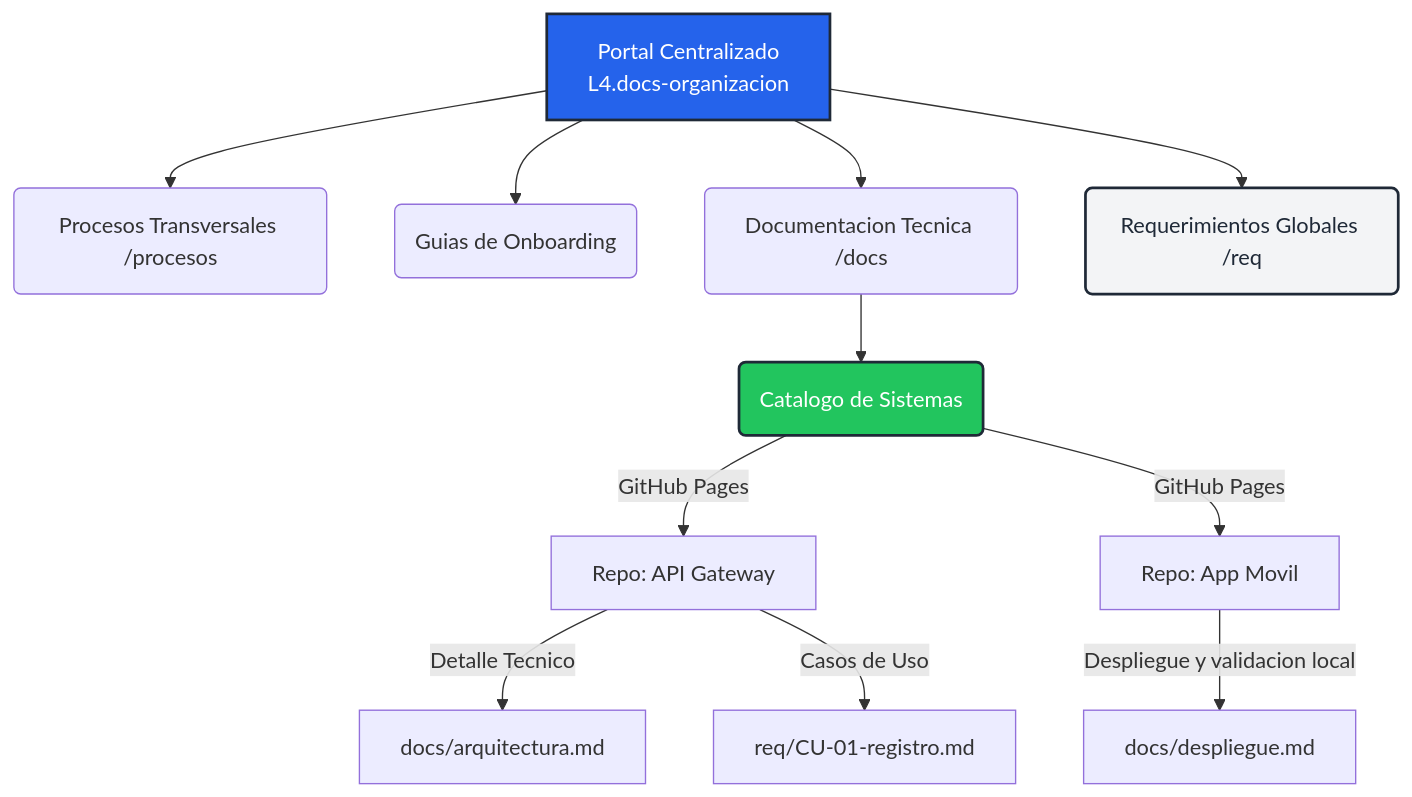
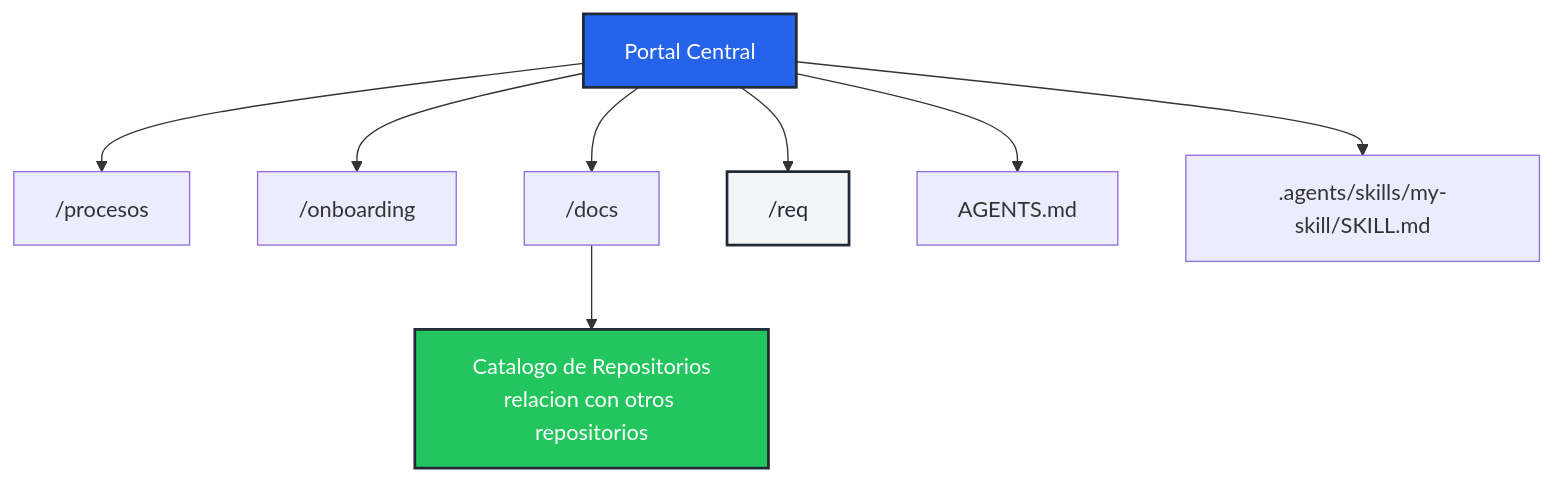
One commit to L4CR/L4.Land4.Docs changed the first of 3 diagrams in docs/arquitectura.md. Above: the diagram before and after it, drawn with Mermaid. The commit also changed other lines of this file and 9 other files, not shown here.

````diff
--- a/docs/arquitectura.md
+++ b/docs/arquitectura.md
@@ -20,20 +25,15 @@
 ```mermaid
 graph TD
-    A[Portal Centralizado <br> L4.docs-organizacion] --> P(Procesos Transversales /procesos)
-    A --> C(Guias de Onboarding)
-    A --> T(Documentacion Tecnica /docs)
-    A --> K(Requerimientos Globales /req)
+    A["Portal Central"] --> P["/procesos"]
+    A --> C["/onboarding"]
+    A --> T["/docs"]
+    A --> K["/req"]
+    A --> M["AGENTS.md"]
+    A --> N[".agents/skills/my-skill/SKILL.md"]
 
-    T --> D(Catalogo de Sistemas)
-    D -->|GitHub Pages| E[Repo: API Gateway]
-    D -->|GitHub Pages| F[Repo: App Movil]
-
-    E -->|Detalle Tecnico| H[docs/arquitectura.md]
-    E -->|Casos de Uso| L[req/CU-01-registro.md]
-
-    F -->|Despliegue y validacion local| I[docs/despliegue.md]
+    T --> D["Catalogo de Repositorios<br/>relacion con otros repositorios"]
 
     style A fill:#2563EB,stroke:#1F2937,stroke-width:2px,color:#fff
     style D fill:#22C55E,stroke:#1F2937,stroke-width:2px,color:#fff
     style K fill:#F3F4F6,stroke:#1F2937,stroke-width:2px,color:#1F2937
 ```
````
